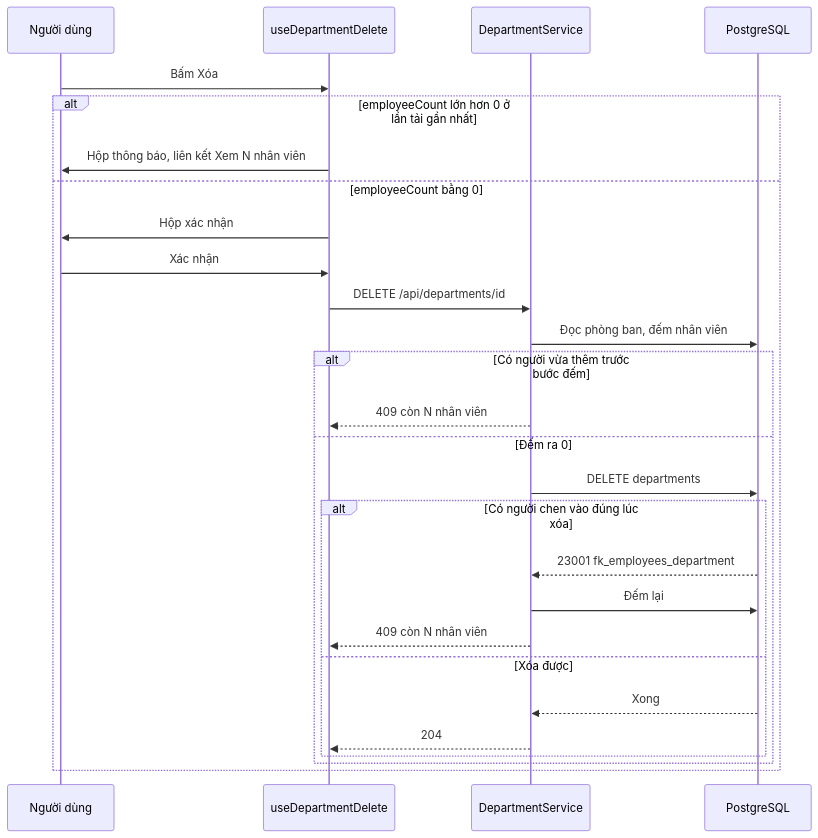
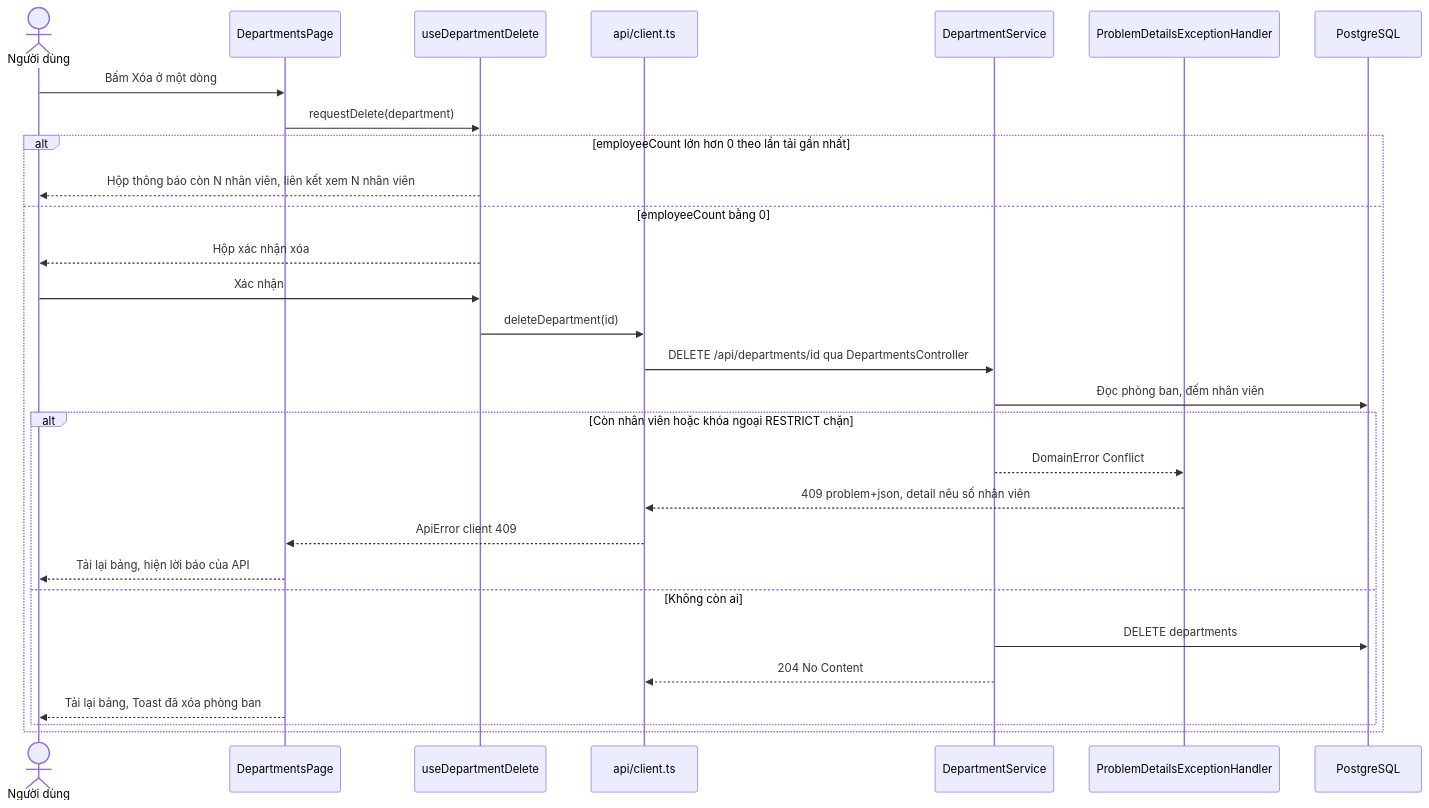
The third of 5 diagrams in aidlc/spaces/default/codekb/employee-crud/architecture.md (Minnhiep/employee-crud), drawn with Mermaid before and after one commit. The commit also changed other lines of this file and 27 other files, not shown here.

````diff
--- a/aidlc/spaces/default/codekb/employee-crud/architecture.md
+++ b/aidlc/spaces/default/codekb/employee-crud/architecture.md
@@ -124,29 +132,31 @@
 ```mermaid
 sequenceDiagram
-    participant U as Người dùng
-    participant H as useDepartmentDelete
-    participant S as DepartmentService
-    participant P as PostgreSQL
-    U->>H: Bấm Xóa
-    alt employeeCount lớn hơn 0 ở lần tải gần nhất
-        H->>U: Hộp thông báo, liên kết Xem N nhân viên
-    else employeeCount bằng 0
-        H->>U: Hộp xác nhận
-        U->>H: Xác nhận
-        H->>S: DELETE /api/departments/id
-        S->>P: Đọc phòng ban, đếm nhân viên
-        alt Có người vừa thêm trước bước đếm
-            S-->>H: 409 còn N nhân viên
-        else Đếm ra 0
-            S->>P: DELETE departments
-            alt Có người chen vào đúng lúc xóa
-                P-->>S: 23001 fk_employees_department
-                S->>P: Đếm lại
-                S-->>H: 409 còn N nhân viên
-            else Xóa được
-                P-->>S: Xong
-                S-->>H: 204
-            end
-        end
+  actor U as Người dùng
+  participant P as DepartmentsPage
+  participant H as useDepartmentDelete
+  participant C as api/client.ts
+  participant DS as DepartmentService
+  participant EH as ProblemDetailsExceptionHandler
+  participant PG as PostgreSQL
+  U->>P: Bấm Xóa ở một dòng
+  P->>H: requestDelete(department)
+  alt employeeCount lớn hơn 0 theo lần tải gần nhất
+    H-->>U: Hộp thông báo còn N nhân viên, liên kết xem N nhân viên
+  else employeeCount bằng 0
+    H-->>U: Hộp xác nhận xóa
+    U->>H: Xác nhận
+    H->>C: deleteDepartment(id)
+    C->>DS: DELETE /api/departments/id qua DepartmentsController
+    DS->>PG: Đọc phòng ban, đếm nhân viên
+    alt Còn nhân viên hoặc khóa ngoại RESTRICT chặn
+      DS-->>EH: DomainError Conflict
+      EH-->>C: 409 problem+json, detail nêu số nhân viên
+      C-->>P: ApiError client 409
+      P-->>U: Tải lại bảng, hiện lời báo của API
+    else Không còn ai
+      DS->>PG: DELETE departments
+      DS-->>C: 204 No Content
+      P-->>U: Tải lại bảng, Toast đã xóa phòng ban
     end
+  end
 ```
````
